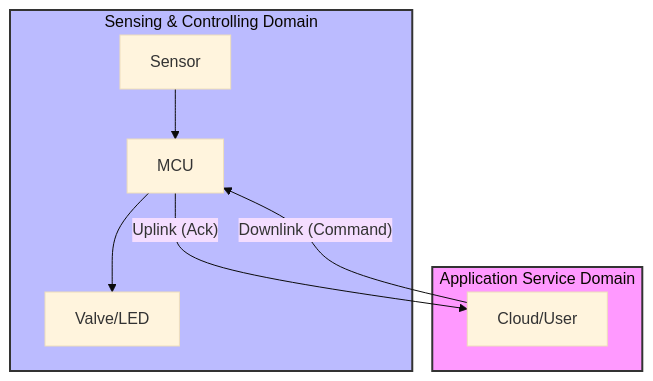
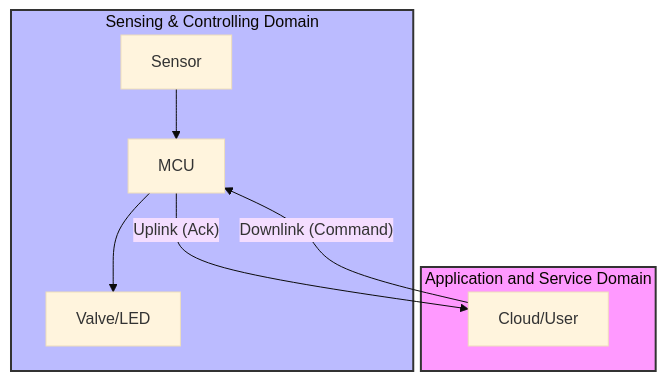
The diagram in en/labs/lab4.md (lgambab/4201327-IoT_Systems_Design_Labs), drawn with Mermaid (base theme) before and after one commit. The commit also changed 7 other files, not shown here.

````diff
--- a/en/labs/lab4.md
+++ b/en/labs/lab4.md
@@ -46,14 +46,14 @@
 ```mermaid
 graph TD
     subgraph SCD [Sensing & Controlling Domain]
         Sensor[Sensor] --> MCU
         MCU --> Actuator[Valve/LED]
     end
-    subgraph ASD [Application Service Domain]
+    subgraph ASD [Application and Service Domain]
         Cloud[Cloud/User] --"Downlink (Command)"--> MCU
         MCU --"Uplink (Ack)"--> Cloud
     end
     
     style SCD fill:#bbf,stroke:#333,stroke-width:2px
     style ASD fill:#f9f,stroke:#333,stroke-width:2px
 ```
````
